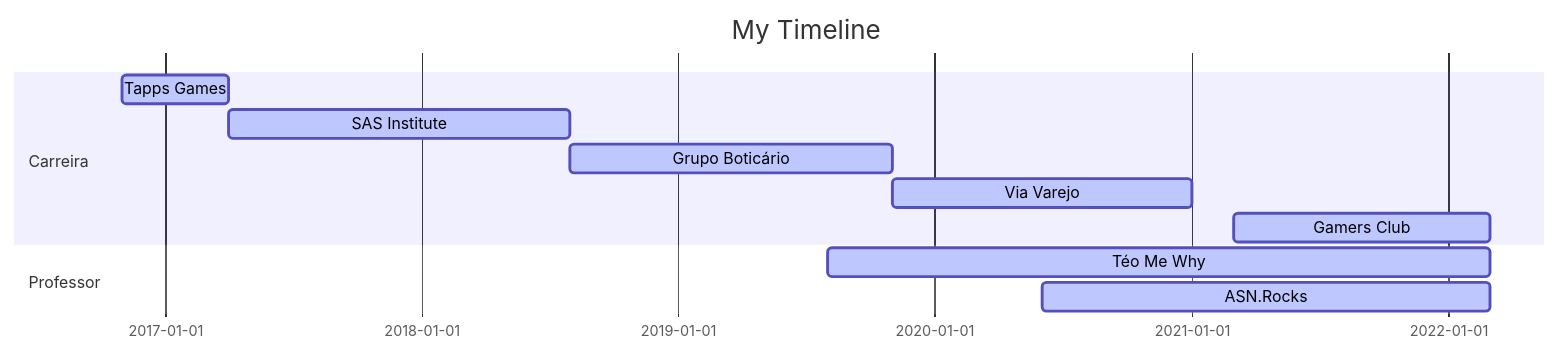
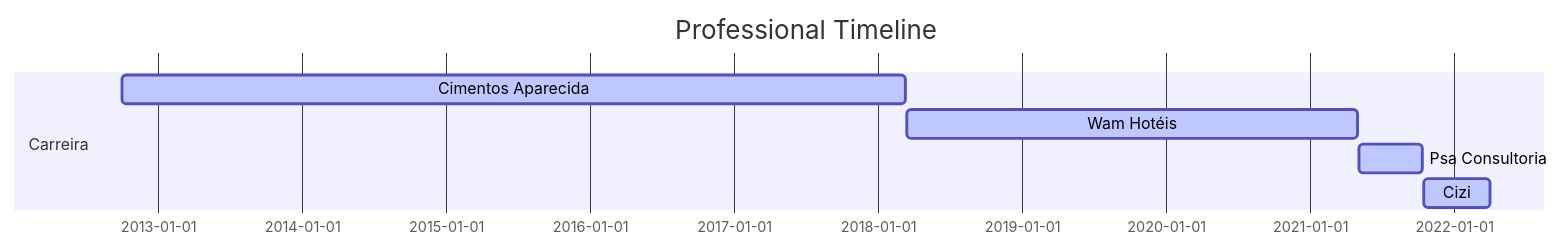
The diagram in README.md (Robisonnunes/RobisonNunes), drawn with Mermaid before and after one commit.

````diff
--- a/README.md
+++ b/README.md
@@ -3,19 +3,14 @@
 ```mermaid
 
 gantt
 dateFormat  YYYY-MM-DD
-title My Timeline
+title Professional Timeline
 
 section Carreira
-Tapps Games           :active,, 2016-11-01,2017-04-01
-SAS Institute         :active,, 2017-04-01,2018-08-01
-Grupo Boticário       :active,, 2018-08-01,2019-11-01
-Via Varejo            :active,, 2019-11-01,2021-01-01
-Gamers Club           :active,, 2021-03-01,2022-03-01
-
-section Professor
-Téo Me Why            :active,, 2019-08-01,2022-03-01
-ASN.Rocks             :active,, 2020-06-01,2022-03-01
+Cimentos Aparecida    :active,, 2012-10-01,2018-03-10
+Wam Hotéis            :active,, 2018-03-13,2021-04-30
+Psa Consultoria       :active,, 2021-05-03,2021-10-12
+Cizi                  :active,, 2021-10-15,2022-04-01
 
 
 ```
````
